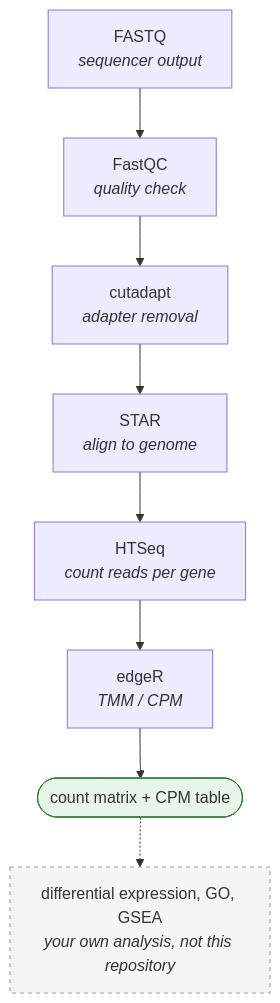
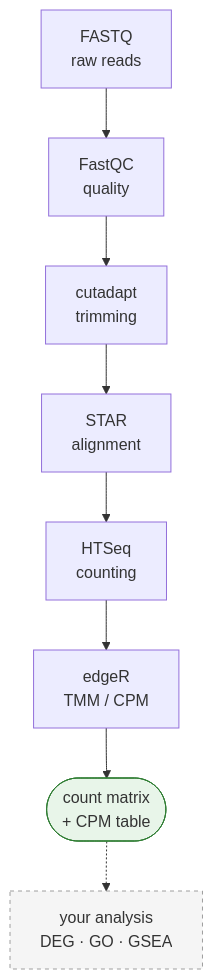
The diagram in README.md (YuHwanYuHwan/BulkRNAseq_Pipeline), drawn with Mermaid before and after one commit.

Commit message:
docs: shorten diagram labels so GitHub does not clip them
The dashed node carried a full sentence and rendered truncated on the project
page. Every label is now two short lines; the table directly below already
explains what each step does.

````diff
--- a/README.md
+++ b/README.md
@@ -9,12 +9,12 @@
 ```mermaid
 flowchart TB
-    A["FASTQ<br/><i>sequencer output</i>"] --> B["FastQC<br/><i>quality check</i>"]
-    B --> C["cutadapt<br/><i>adapter removal</i>"]
-    C --> D["STAR<br/><i>align to genome</i>"]
-    D --> E["HTSeq<br/><i>count reads per gene</i>"]
-    E --> F["edgeR<br/><i>TMM / CPM</i>"]
-    F --> G(["count matrix + CPM table"])
-    G -.-> H["differential expression, GO, GSEA<br/><i>your own analysis, not this repository</i>"]
+    A["FASTQ<br/>raw reads"] --> B["FastQC<br/>quality"]
+    B --> C["cutadapt<br/>trimming"]
+    C --> D["STAR<br/>alignment"]
+    D --> E["HTSeq<br/>counting"]
+    E --> F["edgeR<br/>TMM / CPM"]
+    F --> G(["count matrix<br/>+ CPM table"])
+    G -.-> H["your analysis<br/>DEG · GO · GSEA"]
     style G fill:#e8f5e9,stroke:#2e7d32
     style H fill:#f5f5f5,stroke:#9e9e9e,stroke-dasharray:4
 ```
````
